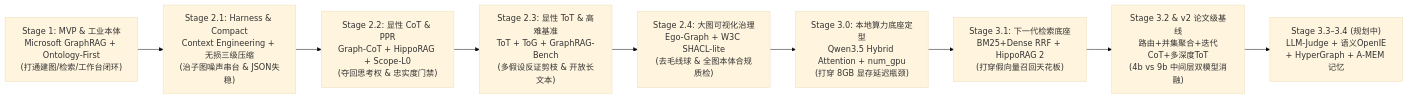
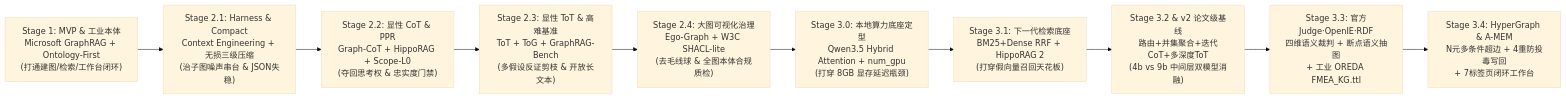
The diagram in docs/evolution_and_papers_guide.md (WindFromKadath/Causal-GraphRAG-Workbench), drawn with Mermaid (base theme) before and after one commit. The commit also changed other lines of this file and 25 other files, not shown here.

Commit message:
feat(stage3.3-3.4): add 4D LLM-Judge, Semantic OpenIE, OREDA RDF importer, HyperGraph & A-MEM

````diff
--- a/docs/evolution_and_papers_guide.md
+++ b/docs/evolution_and_papers_guide.md
@@ -12,14 +12,15 @@
 ```mermaid
 flowchart LR
     S1["Stage 1: MVP & 工业本体<br/>Microsoft GraphRAG + Ontology-First<br/>(打通建图/检索/工作台闭环)"]
     S21["Stage 2.1: Harness & Compact<br/>Context Engineering + 无损三级压缩<br/>(治子图噪声串台 & JSON失稳)"]
     S22["Stage 2.2: 显性 CoT & PPR<br/>Graph-CoT + HippoRAG + Scope-L0<br/>(夺回思考权 & 忠实度门禁)"]
     S23["Stage 2.3: 显性 ToT & 高难基准<br/>ToT + ToG + GraphRAG-Bench<br/>(多假设反证剪枝 & 开放长文本)"]
     S24["Stage 2.4: 大图可视化治理<br/>Ego-Graph + W3C SHACL-lite<br/>(去毛线球 & 全图本体合规质检)"]
     S30["Stage 3.0: 本地算力底座定型<br/>Qwen3.5 Hybrid Attention + num_gpu<br/>(打穿 8GB 显存延迟瓶颈)"]
     S31["Stage 3.1: 下一代检索底座<br/>BM25+Dense RRF + HippoRAG 2<br/>(打穿假向量召回天花板)"]
     S32["Stage 3.2 & v2 论文级基线<br/>路由+并集聚合+迭代CoT+多深度ToT<br/>(4b vs 9b 中间层双模型消融)"]
-    S3N["Stage 3.3–3.4 (规划中)<br/>LLM-Judge + 语义OpenIE<br/>+ HyperGraph + A-MEM 记忆"]
+    S33["Stage 3.3: 官方Judge·OpenIE·RDF<br/>四维语义裁判 + 断点语义抽图<br/>+ 工业 OREDA FMEA_KG.ttl"]
+    S34["Stage 3.4: HyperGraph & A-MEM<br/>N元多条件超边 + 4重防投毒写回<br/>+ 7标签页闭环工作台"]
 
-    S1 --> S21 --> S22 --> S23 --> S24 --> S30 --> S31 --> S32 --> S3N
+    S1 --> S21 --> S22 --> S23 --> S24 --> S30 --> S31 --> S32 --> S33 --> S34
 ```
````
